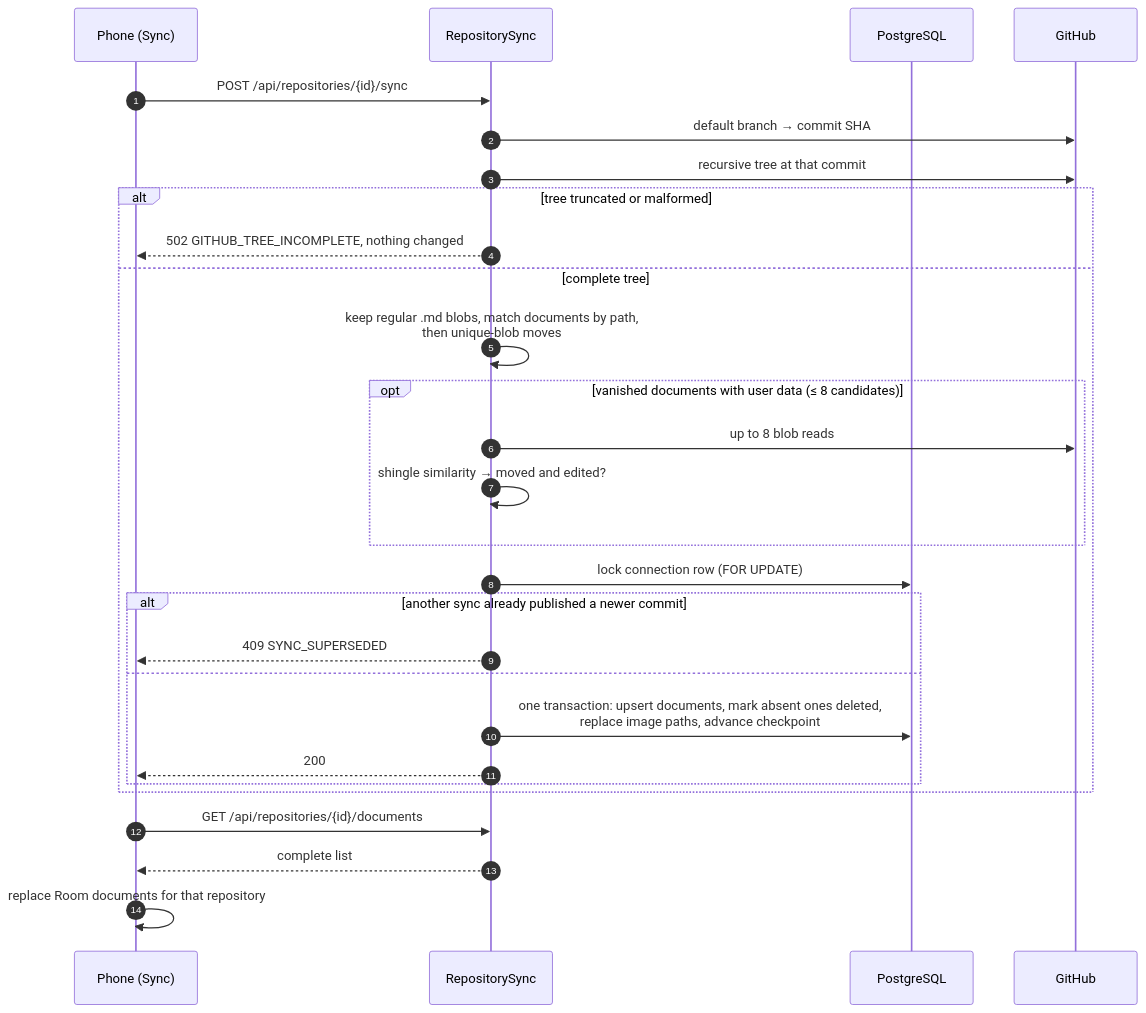
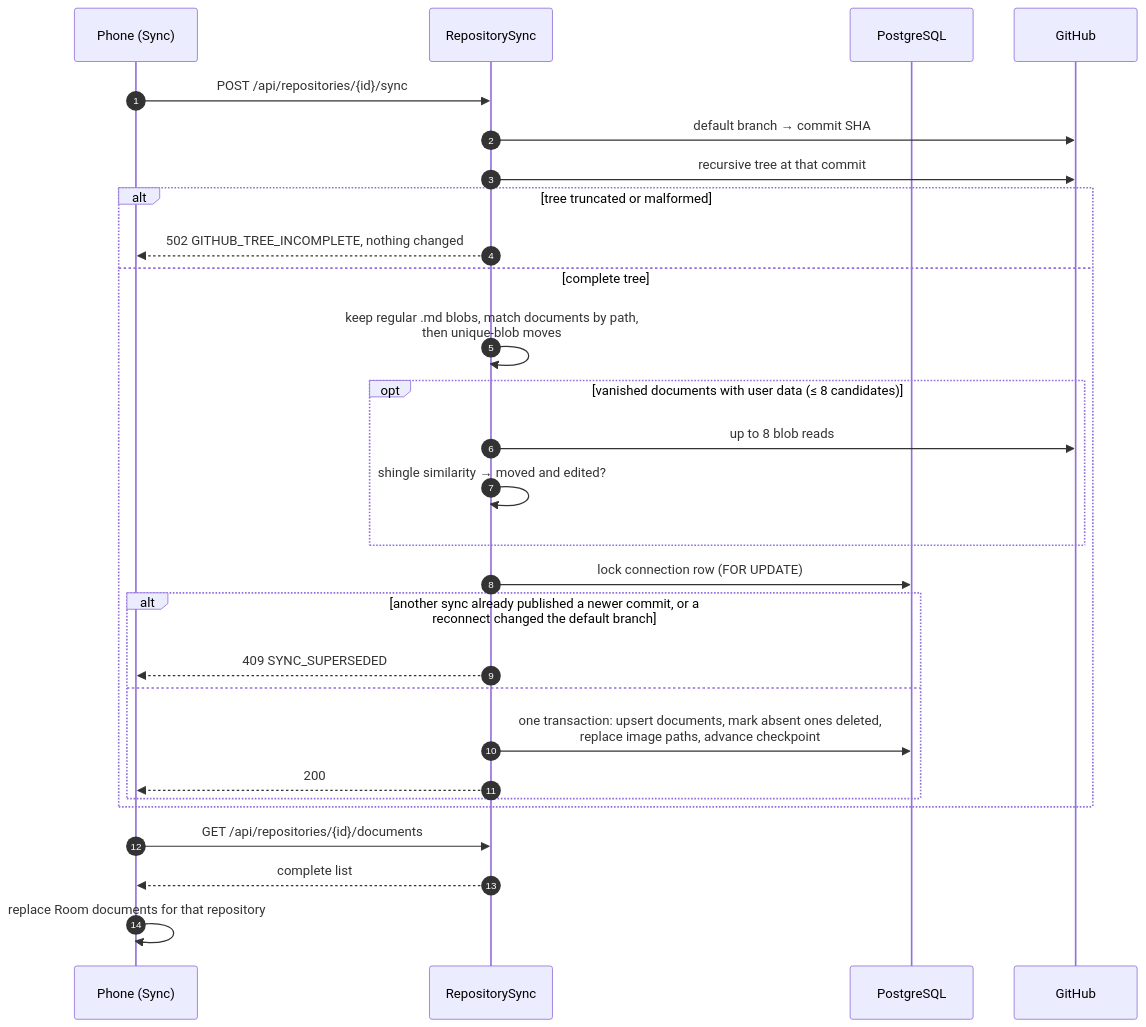
The seventh of 12 diagrams in docs/architecture.md (jaxwong/reporead), drawn with Mermaid before and after one commit. The commit also changed other lines of this file and 4 other files, not shown here.

First line of the commit message:
Record the reconnect-during-sync and error-wording decisions in the docs

````diff
--- a/docs/architecture.md
+++ b/docs/architecture.md
@@ -375,31 +375,31 @@
 ```mermaid
 sequenceDiagram
     autonumber
     participant App as Phone (Sync)
     participant API as RepositorySync
     participant DB as PostgreSQL
     participant GH as GitHub
 
     App->>API: POST /api/repositories/{id}/sync
     API->>GH: default branch → commit SHA
     API->>GH: recursive tree at that commit
     alt tree truncated or malformed
         API-->>App: 502 GITHUB_TREE_INCOMPLETE, nothing changed
     else complete tree
         API->>API: keep regular .md blobs, match documents by path,<br/>then unique-blob moves
         opt vanished documents with user data (≤ 8 candidates)
             API->>GH: up to 8 blob reads
             API->>API: shingle similarity → moved and edited?
         end
         API->>DB: lock connection row (FOR UPDATE)
-        alt another sync already published a newer commit
+        alt another sync already published a newer commit, or a reconnect changed the default branch
             API-->>App: 409 SYNC_SUPERSEDED
         else
             API->>DB: one transaction: upsert documents, mark absent ones deleted,<br/>replace image paths, advance checkpoint
             API-->>App: 200
         end
     end
     App->>API: GET /api/repositories/{id}/documents
     API-->>App: complete list
     App->>App: replace Room documents for that repository
 ```
````
